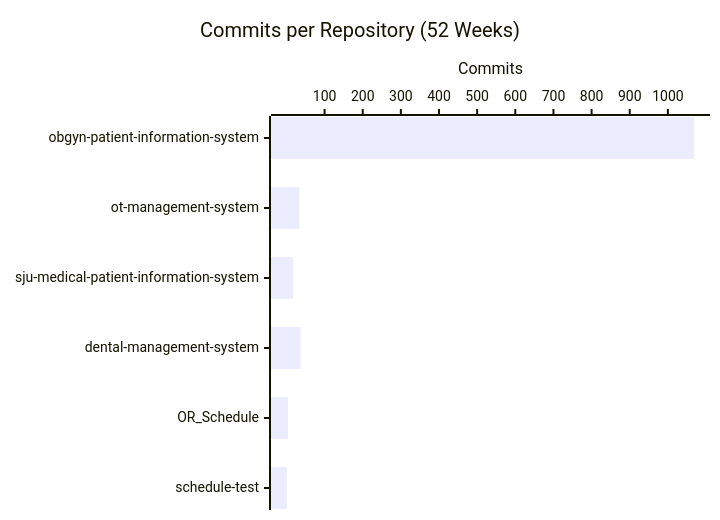
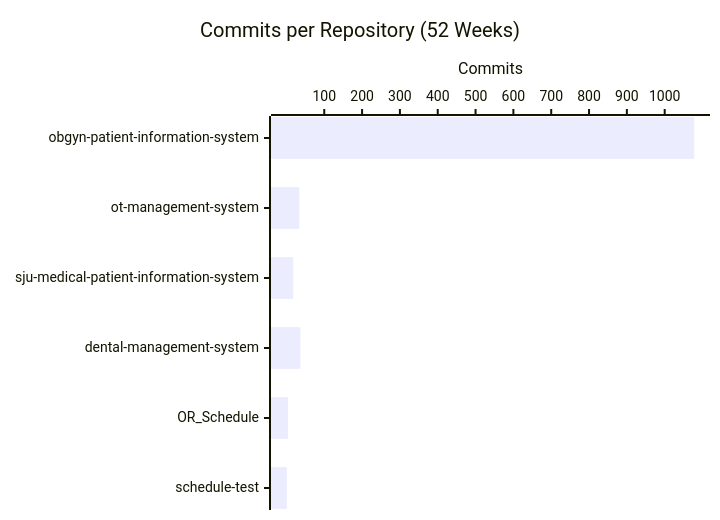
One commit to CSTH-Projects/.github changed the second of 4 diagrams in profile/README.md. Above: the diagram before and after it, drawn with Mermaid. The commit also changed other lines of this file, not shown here.

````diff
--- a/profile/README.md
+++ b/profile/README.md
@@ -24,7 +24,7 @@
 ```mermaid
 xychart-beta horizontal
     title "Commits per Repository (52 Weeks)"
     x-axis ["obgyn-patient-information-system", "ot-management-system", "sju-medical-patient-information-system", "dental-management-system", "OR_Schedule", "schedule-test"]
     y-axis "Commits"
-    bar [1069, 34, 18, 37, 4, 1]
+    bar [1078, 34, 18, 37, 4, 1]
 ```
````
